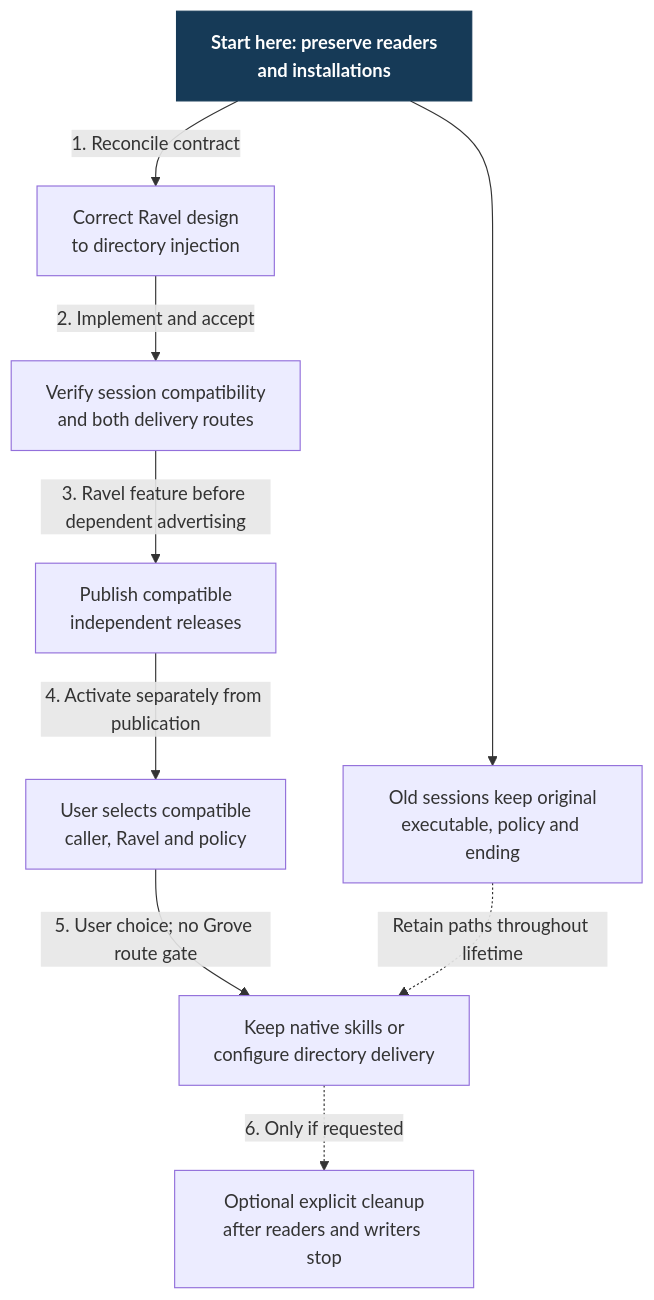
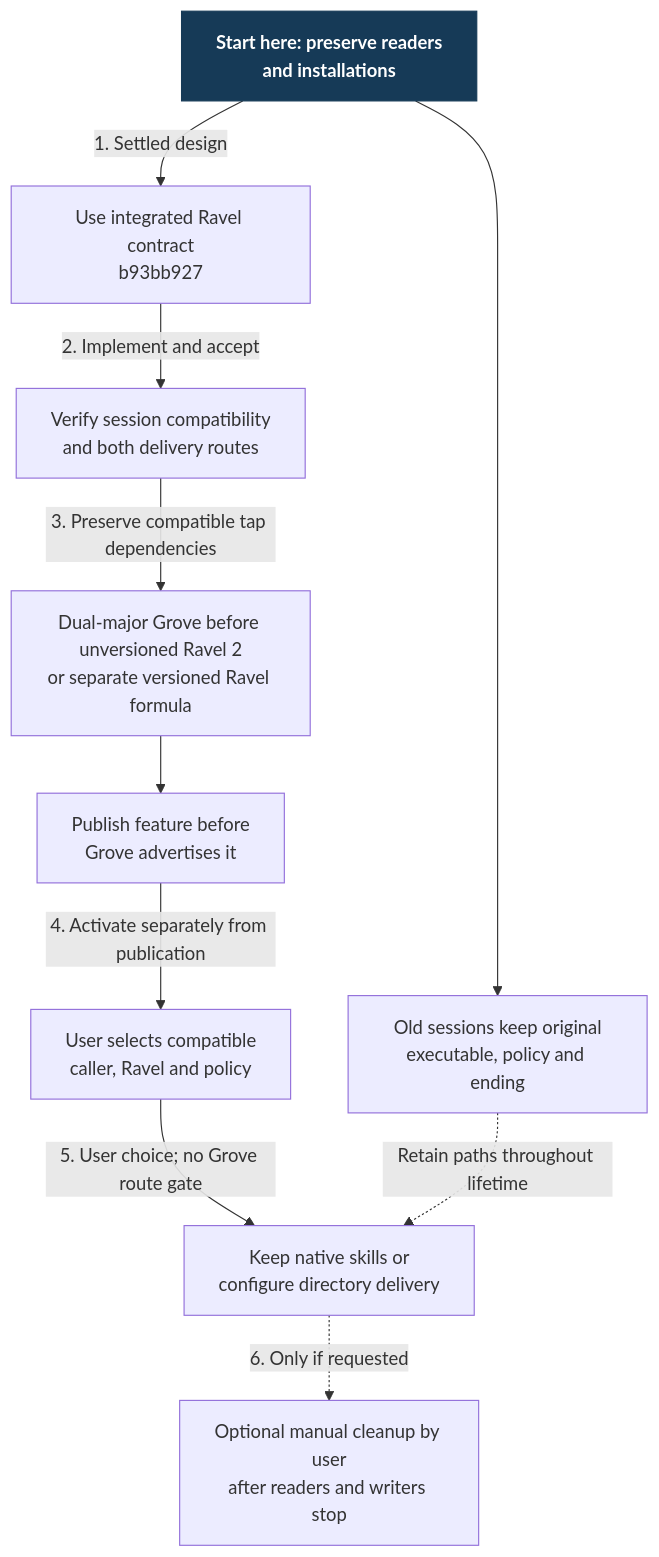
Before and after one commit to Linkuistics/grove: the diagram in docs/design/harness-selection-and-execution/skill-transition.mmd, drawn with Mermaid. The commit also changed 17 other files, not shown here.

```diff
--- a/docs/design/harness-selection-and-execution/skill-transition.mmd
+++ b/docs/design/harness-selection-and-execution/skill-transition.mmd
@@ -1,18 +1,20 @@
 flowchart TB
   Start["Start here: preserve readers<br/>and installations"]:::start
   Old["Old sessions keep original<br/>executable, policy and ending"]
-  Design["Correct Ravel design<br/>to directory injection"]
+  Design["Use integrated Ravel contract<br/>b93bb927"]
   Verify["Verify session compatibility<br/>and both delivery routes"]
-  Publish["Publish compatible<br/>independent releases"]
+  Tap["Dual-major Grove before unversioned Ravel 2<br/>or separate versioned Ravel formula"]
+  Publish["Publish feature before<br/>Grove advertises it"]
   Choose["User selects compatible<br/>caller, Ravel and policy"]
   Keep["Keep native skills or<br/>configure directory delivery"]
-  Cleanup["Optional explicit cleanup<br/>after readers and writers stop"]
+  Cleanup["Optional manual cleanup by user<br/>after readers and writers stop"]
   Start --> Old
-  Start -->|"1. Reconcile contract"| Design
+  Start -->|"1. Settled design"| Design
   Design -->|"2. Implement and accept"| Verify
-  Verify -->|"3. Ravel feature before dependent advertising"| Publish
+  Verify -->|"3. Preserve compatible tap dependencies"| Tap
+  Tap --> Publish
   Publish -->|"4. Activate separately from publication"| Choose
   Choose -->|"5. User choice; no Grove route gate"| Keep
   Old -.->|"Retain paths throughout lifetime"| Keep
   Keep -.->|"6. Only if requested"| Cleanup
   classDef start fill:#163a57,color:#fff,stroke:#163a57,font-weight:bold
```
